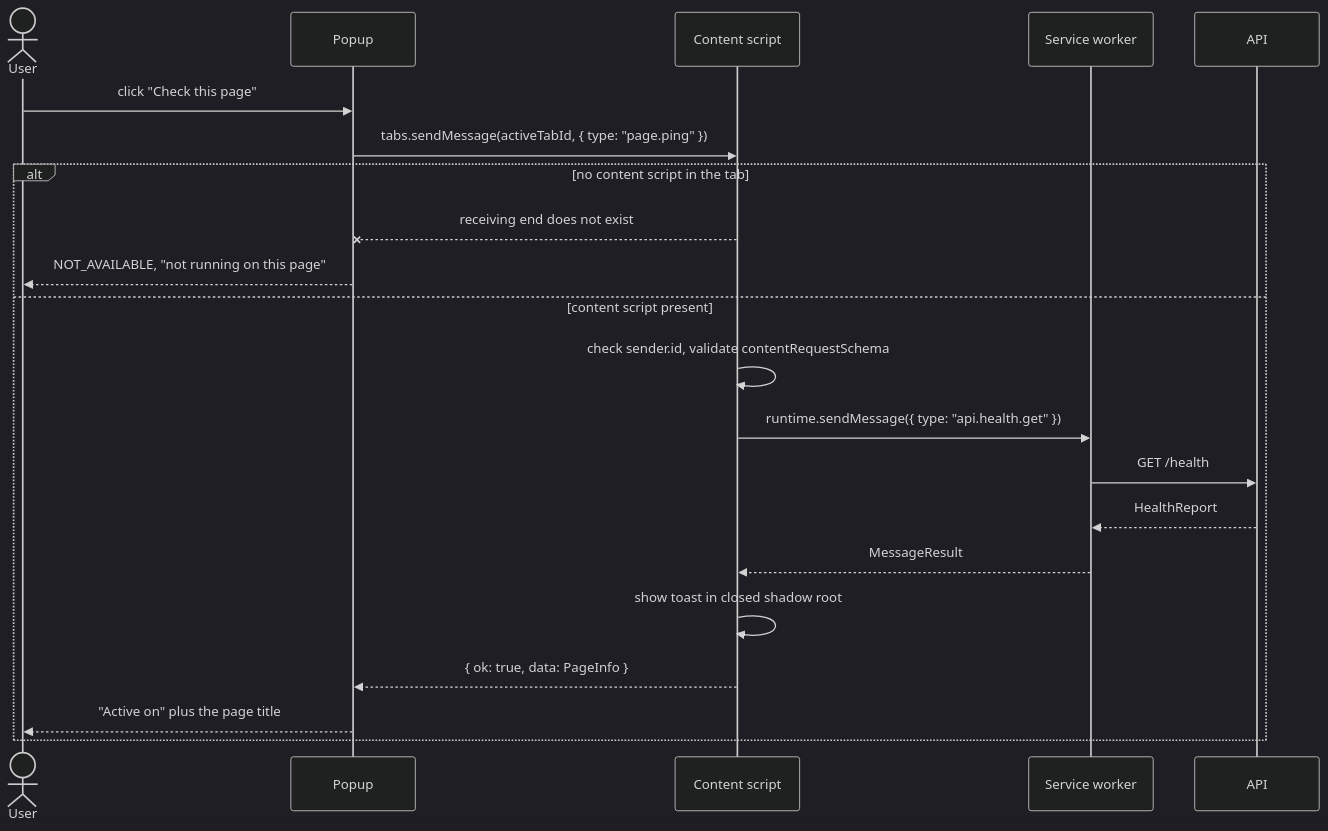
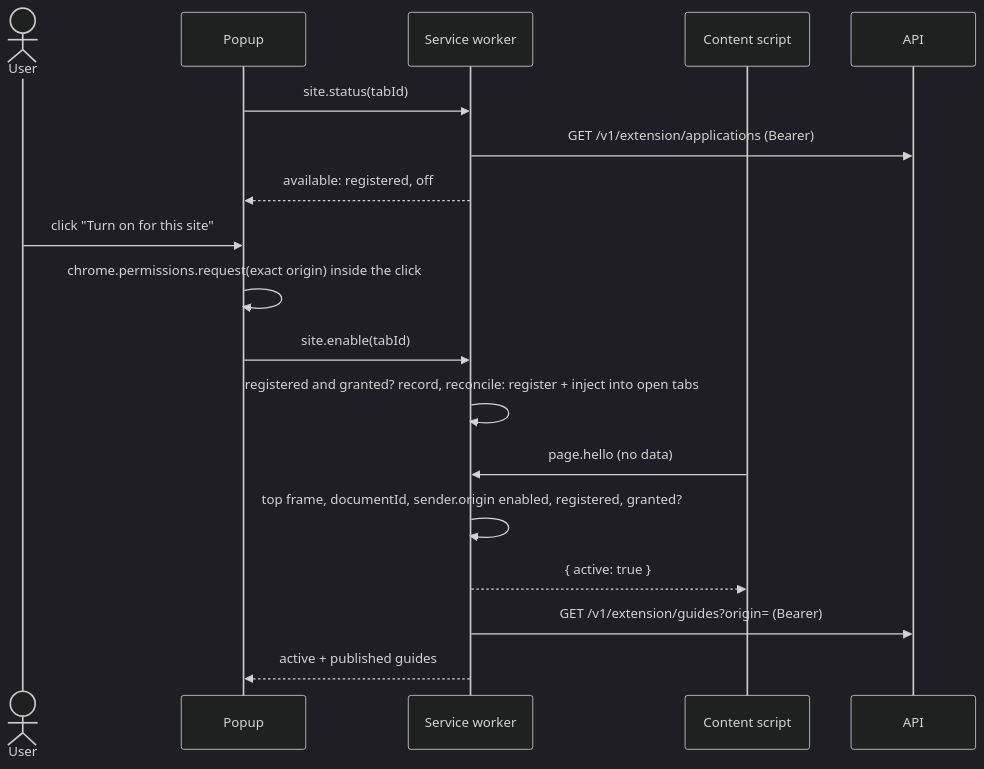
The sixth of 9 diagrams in docs/architecture.md (JJMonzon072/contextlayer), drawn with Mermaid (dark theme) before and after one commit. The commit also changed other lines of this file and 13 other files, not shown here.

First line of the commit message:
document Phase 4: extension connection and site access

````diff
--- a/docs/architecture.md
+++ b/docs/architecture.md
@@ -304,23 +304,20 @@
 ```mermaid
 sequenceDiagram
   actor U as User
   participant Pop as Popup
+  participant SW as Service worker
   participant CS as Content script
-  participant SW as Service worker
   participant A as API
-  U->>Pop: click "Check this page"
-  Pop->>CS: tabs.sendMessage(activeTabId, { type: "page.ping" })
-  alt no content script in the tab
-    CS--xPop: receiving end does not exist
-    Pop-->>U: NOT_AVAILABLE, "not running on this page"
-  else content script present
-    CS->>CS: check sender.id, validate contentRequestSchema
-    CS->>SW: runtime.sendMessage({ type: "api.health.get" })
-    SW->>A: GET /health
-    A-->>SW: HealthReport
-    SW-->>CS: MessageResult
-    CS->>CS: show toast in closed shadow root
-    CS-->>Pop: { ok: true, data: PageInfo }
-    Pop-->>U: "Active on" plus the page title
-  end
+  Pop->>SW: site.status(tabId)
+  SW->>A: GET /v1/extension/applications (Bearer)
+  SW-->>Pop: available: registered, off
+  U->>Pop: click "Turn on for this site"
+  Pop->>Pop: chrome.permissions.request(exact origin) inside the click
+  Pop->>SW: site.enable(tabId)
+  SW->>SW: registered and granted? record, reconcile: register + inject into open tabs
+  CS->>SW: page.hello (no data)
+  SW->>SW: top frame, documentId, sender.origin enabled, registered, granted?
+  SW-->>CS: { active: true }
+  SW->>A: GET /v1/extension/guides?origin= (Bearer)
+  SW-->>Pop: active + published guides
 ```
````
